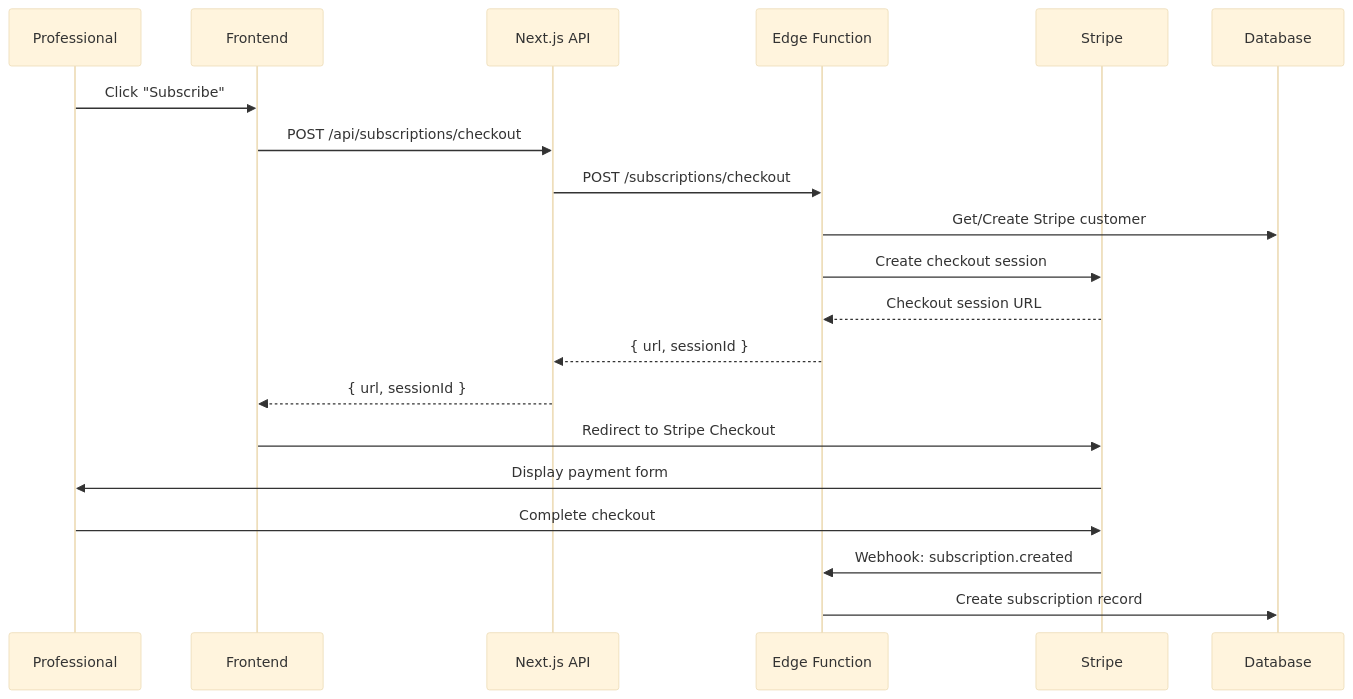
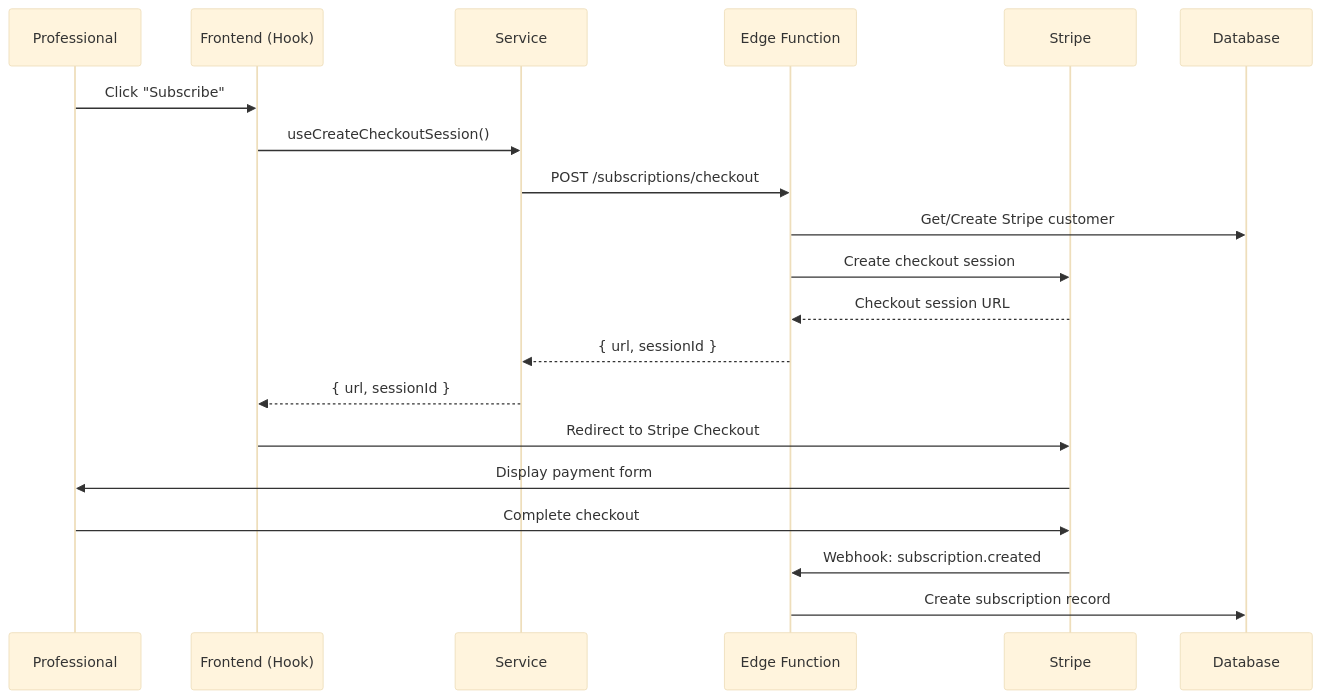
One commit to OlivierDevMaster/prokid-preview changed the first of 4 diagrams in docs/professional-subscription-system.md. Above: the diagram before and after it, drawn with Mermaid (base theme). The commit also changed other lines of this file and 3 other files, not shown here.

````diff
--- a/docs/professional-subscription-system.md
+++ b/docs/professional-subscription-system.md
@@ -78,23 +74,23 @@
 ```mermaid
 sequenceDiagram
     participant P as Professional
-    participant FE as Frontend
-    participant API as Next.js API
+    participant FE as Frontend (Hook)
+    participant SVC as Service
     participant EF as Edge Function
     participant S as Stripe
     participant DB as Database
 
     P->>FE: Click "Subscribe"
-    FE->>API: POST /api/subscriptions/checkout
-    API->>EF: POST /subscriptions/checkout
+    FE->>SVC: useCreateCheckoutSession()
+    SVC->>EF: POST /subscriptions/checkout
     EF->>DB: Get/Create Stripe customer
     EF->>S: Create checkout session
     S-->>EF: Checkout session URL
-    EF-->>API: { url, sessionId }
-    API-->>FE: { url, sessionId }
+    EF-->>SVC: { url, sessionId }
+    SVC-->>FE: { url, sessionId }
     FE->>S: Redirect to Stripe Checkout
     S->>P: Display payment form
     P->>S: Complete checkout
     S->>EF: Webhook: subscription.created
     EF->>DB: Create subscription record
 ```
````
